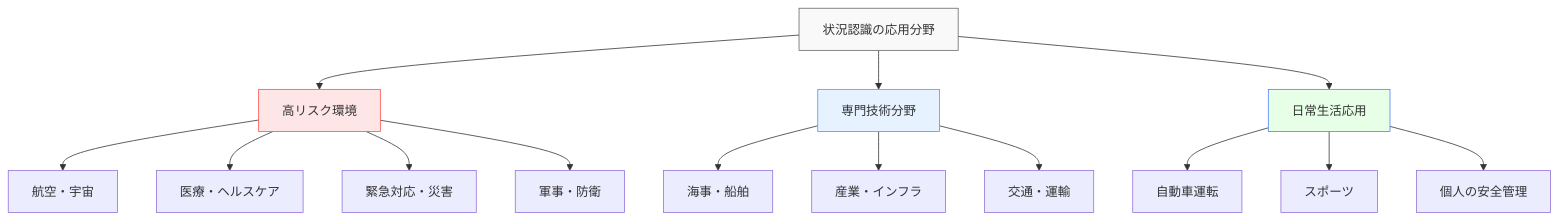
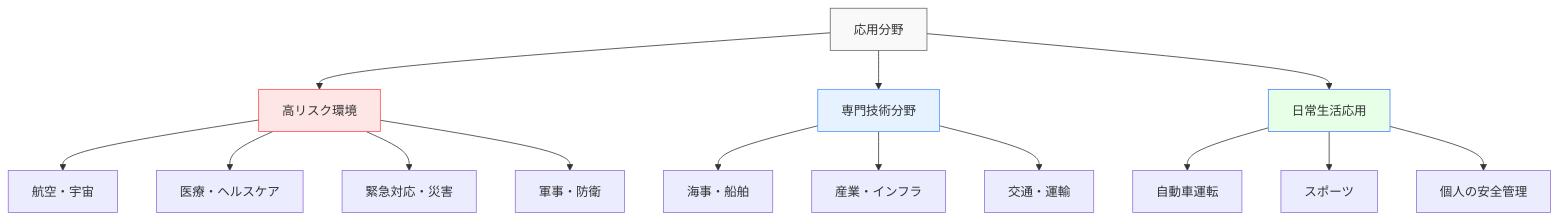
The first of 2 diagrams in docs/applications/index.md (shuji-bonji/Situational-Awareness-and-Decision-Making), drawn with Mermaid before and after one commit. The commit also changed other lines of this file, not shown here.

````diff
--- a/docs/applications/index.md
+++ b/docs/applications/index.md
@@ -20,24 +20,24 @@
 ```mermaid
 graph TB
-    A[状況認識の応用分野] --> B[高リスク環境]
+    A[応用分野] --> B[高リスク環境]
     A --> C[専門技術分野]
     A --> D[日常生活応用]
     
     B --> B1[航空・宇宙]
     B --> B2[医療・ヘルスケア]
     B --> B3[緊急対応・災害]
     B --> B4[軍事・防衛]
     
     C --> C1[海事・船舶]
     C --> C2[産業・インフラ]
     C --> C3[交通・運輸]
     
     D --> D1[自動車運転]
     D --> D2[スポーツ]
     D --> D3[個人の安全管理]
     
     style A fill:#f9f9f9,stroke:#666
     style B fill:#ffe6e6,stroke:#ff4d4d
     style C fill:#e6f2ff,stroke:#4d94ff
     style D fill:#e6ffe6,stroke:#4d7fff
 ```
````
